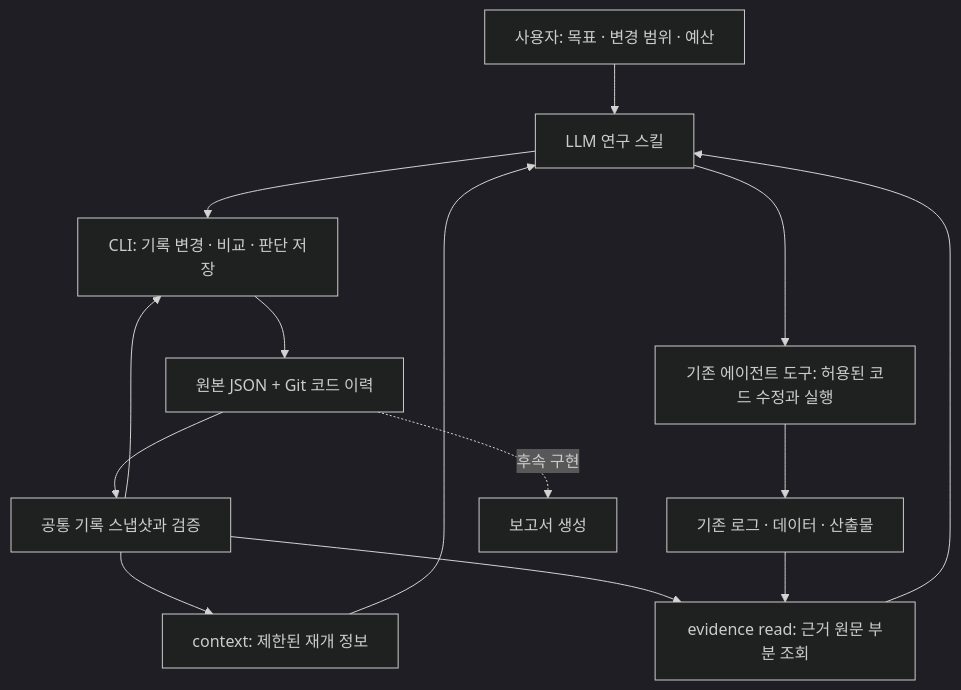
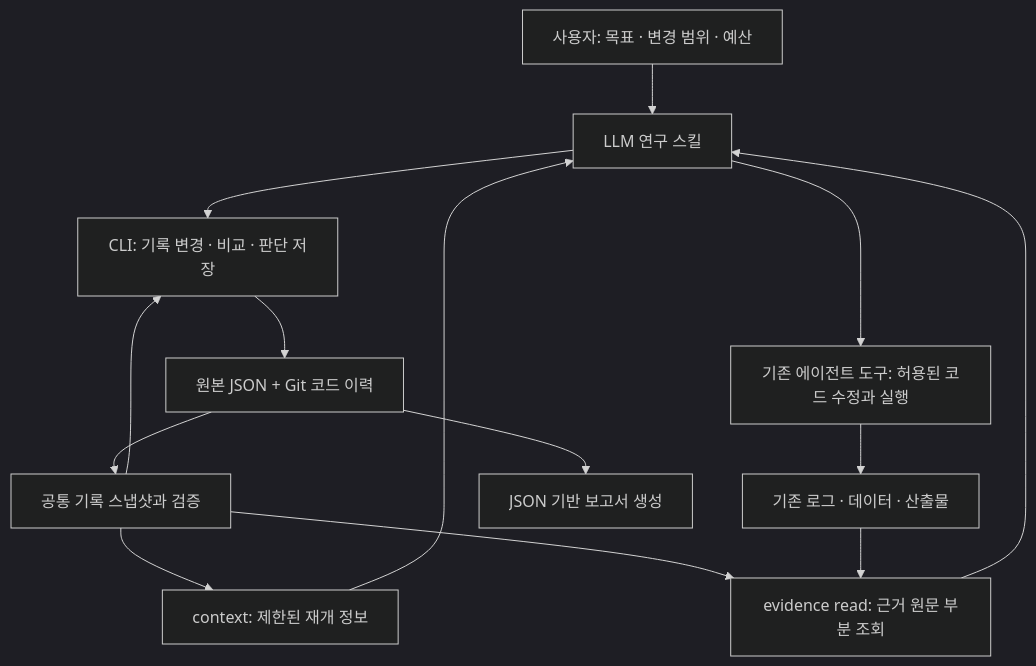
One commit to ziholee/zihoAutoResearch changed the diagram in README.md. Above: the diagram before and after it, drawn with Mermaid (dark theme). The commit also changed other lines of this file and 24 other files, not shown here.

````diff
--- a/README.md
+++ b/README.md
@@ -17,16 +17,16 @@
 ```mermaid
 flowchart TD
     U[사용자: 목표 · 변경 범위 · 예산] --> S[LLM 연구 스킬]
     S --> C[CLI: 기록 변경 · 비교 · 판단 저장]
     C --> J[원본 JSON + Git 코드 이력]
     J --> R[공통 기록 스냅샷과 검증]
     R --> C
     R --> Q[context: 제한된 재개 정보]
     Q --> S
     R --> E[evidence read: 근거 원문 부분 조회]
     L[기존 로그 · 데이터 · 산출물] --> E
     E --> S
     S --> X[기존 에이전트 도구: 허용된 코드 수정과 실행]
     X --> L
-    J -. 후속 구현 .-> P[보고서 생성]
+    J --> P[JSON 기반 보고서 생성]
 ```
````
